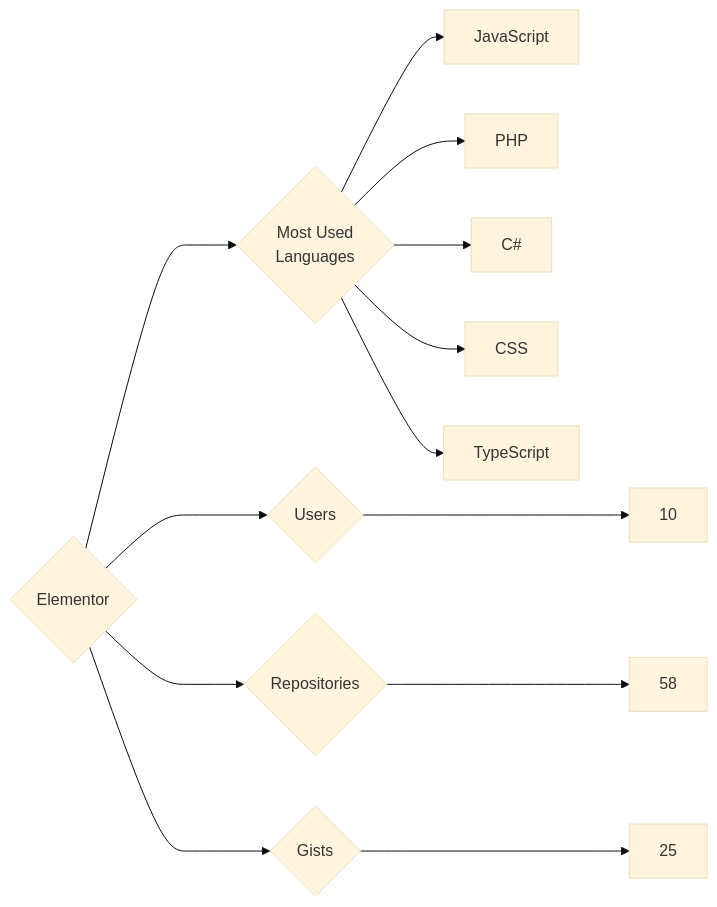
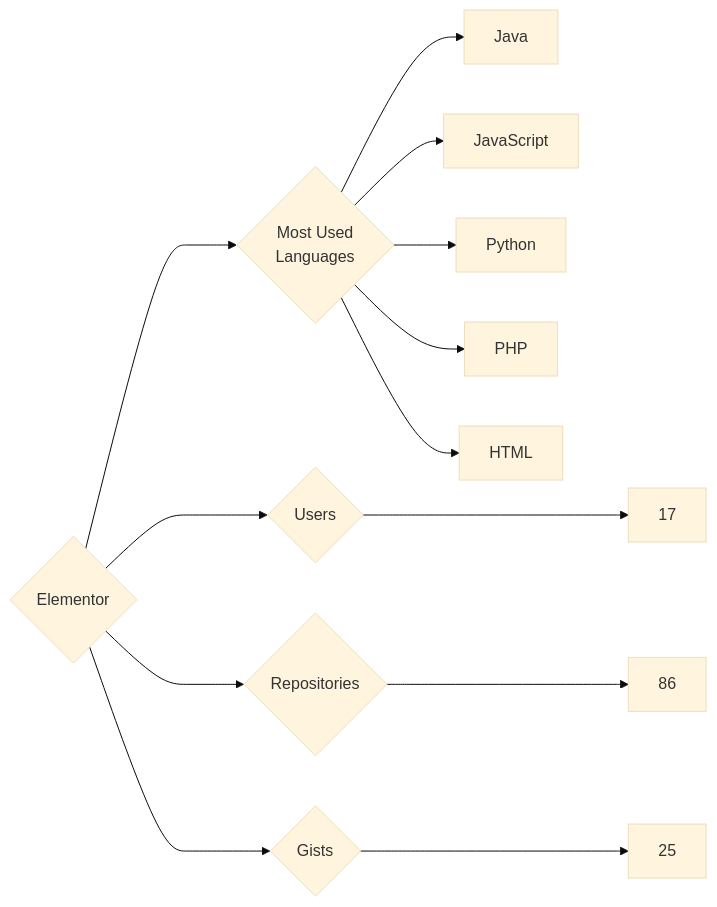
The diagram in targets/Elementor/README.md (trickest/insiders), drawn with Mermaid (base theme) before and after one commit. The commit also changed 935 other files, not shown here.

````diff
--- a/targets/Elementor/README.md
+++ b/targets/Elementor/README.md
@@ -3,13 +3,13 @@
 ```mermaid
 graph LR
 COMPANY_NAME{Elementor}
-COMPANY_NAME ---> U{Users} ---> UN[10]
-COMPANY_NAME ---> R{Repositories} ---> RN[58]
+COMPANY_NAME ---> U{Users} ---> UN[17]
+COMPANY_NAME ---> R{Repositories} ---> RN[86]
 COMPANY_NAME ---> G{Gists} ---> GN[25]
 COMPANY_NAME ---> ML{Most Used<br>Languages}
+ML --> Java[Java]
 ML --> JavaScript[JavaScript]
+ML --> Python[Python]
 ML --> PHP[PHP]
-ML --> C#[C#]
-ML --> CSS[CSS]
-ML --> TypeScript[TypeScript]
+ML --> HTML[HTML]
 ```
````
